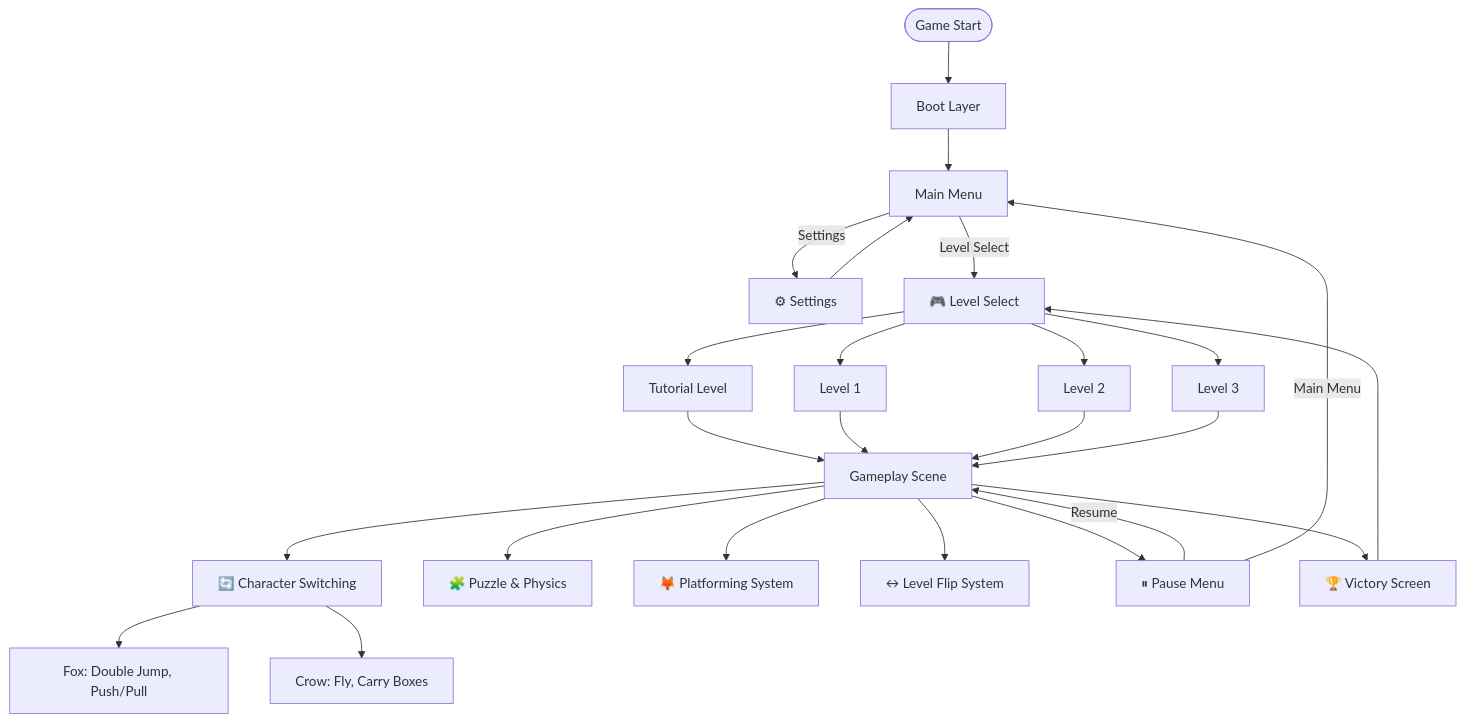
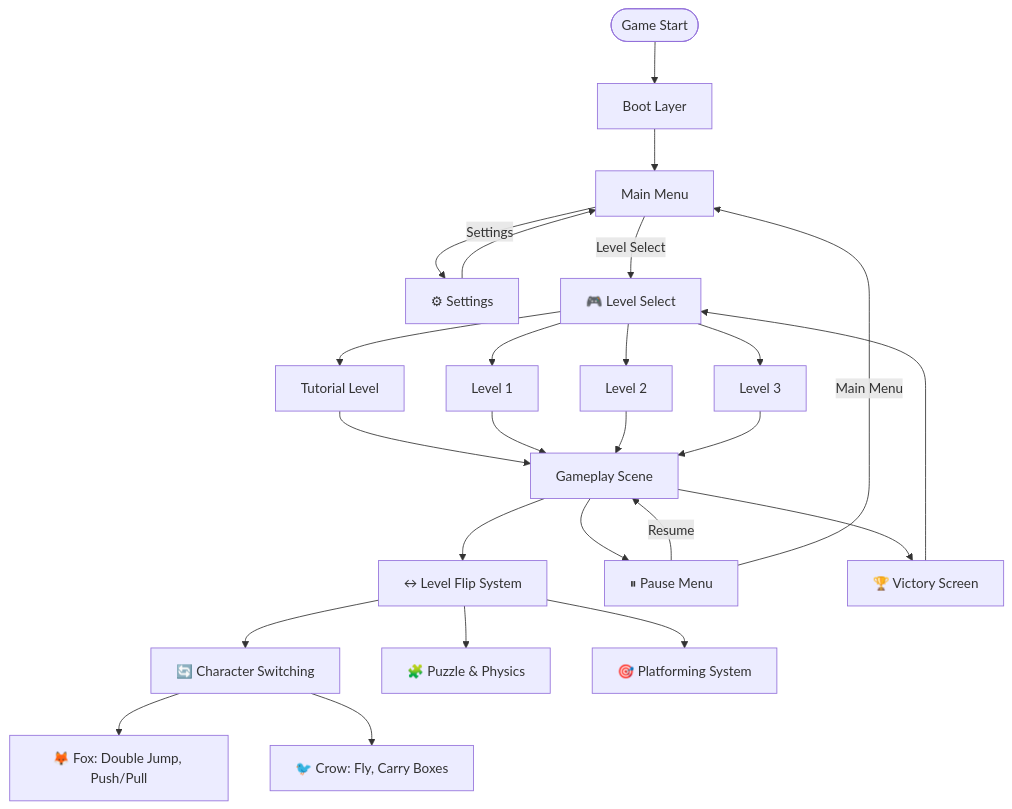
Before and after one commit to Justsomeguy241/Out-of-the-box: the second of 4 diagrams in README.md, drawn with Mermaid.

````diff
--- a/README.md
+++ b/README.md
@@ -48,42 +48,43 @@
 ```mermaid
 graph TD
- %% Initialization
+    %% Initialization
     Start([Game Start]) --> Boot[Boot Layer] --> MM[Main Menu]
 
     %% Main Menu Options
     MM -->|Settings| Settings[⚙ Settings]
     MM -->|Level Select| LevelSelect[🎮 Level Select]
     Settings --> MM
 
     %% Level Select -> Levels
     LevelSelect --> Tutorial[Tutorial Level]
     LevelSelect --> Level1[Level 1]
     LevelSelect --> Level2[Level 2]
     LevelSelect --> Level3[Level 3]
 
     %% Levels flow into Gameplay
     Tutorial --> GP[Gameplay Scene]
     Level1 --> GP
     Level2 --> GP
     Level3 --> GP
 
-    %% Gameplay Systems
-    GP --> Switch[🔄 Character Switching]
-    GP --> Puzzle[🧩 Puzzle & Physics]
-    GP --> Platforming[🦊 Platforming System]
+    %% Gameplay Core (Flip as container)
     GP --> Flip[↔ Level Flip System]
 
-    %% Characters
-    Switch --> Fox[Fox: Double Jump, Push/Pull]
-    Switch --> Crow[Crow: Fly, Carry Boxes]
+    %% Inside Flip System
+    Flip --> Switch[🔄 Character Switching]
+    Switch --> Fox[🦊 Fox: Double Jump, Push/Pull]
+    Switch --> Crow[🐦 Crow: Fly, Carry Boxes]
+    Flip --> Puzzle[🧩 Puzzle & Physics]
+    Flip --> Platforming[🎯 Platforming System]
 
     %% Pause
     GP --> Pause[⏸ Pause Menu]
     Pause -->|Resume| GP
     Pause -->|Main Menu| MM
 
     %% End Flow
     GP --> Victory[🏆 Victory Screen]
     Victory --> LevelSelect
+
     
 ```
````
